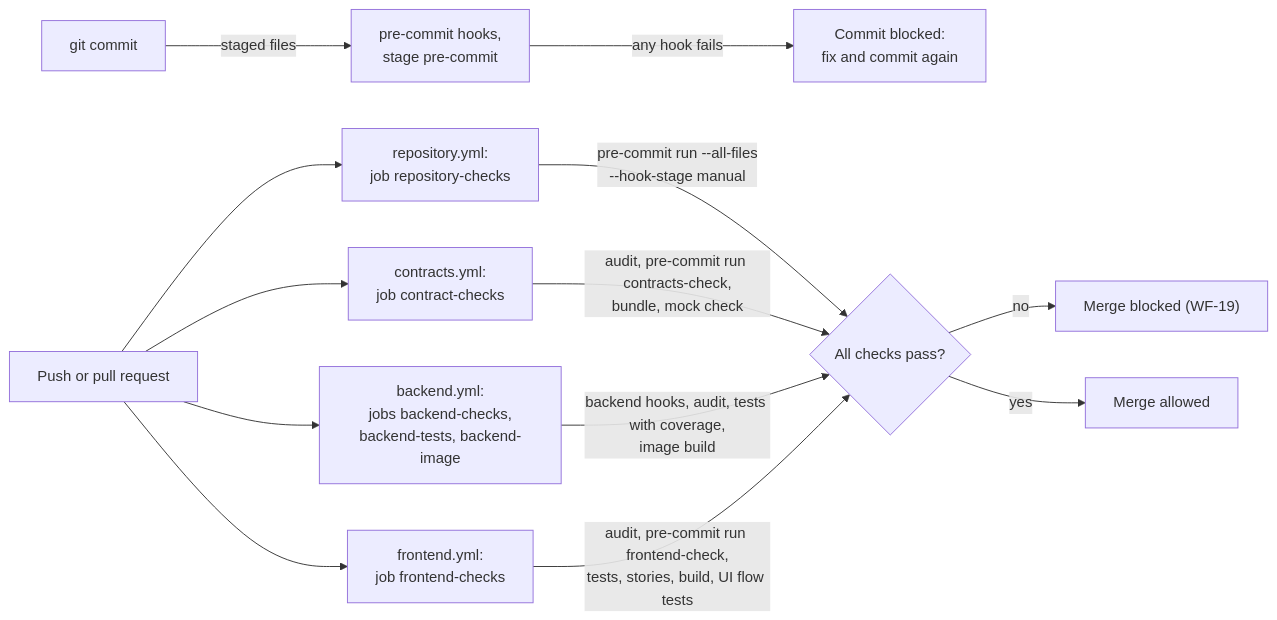
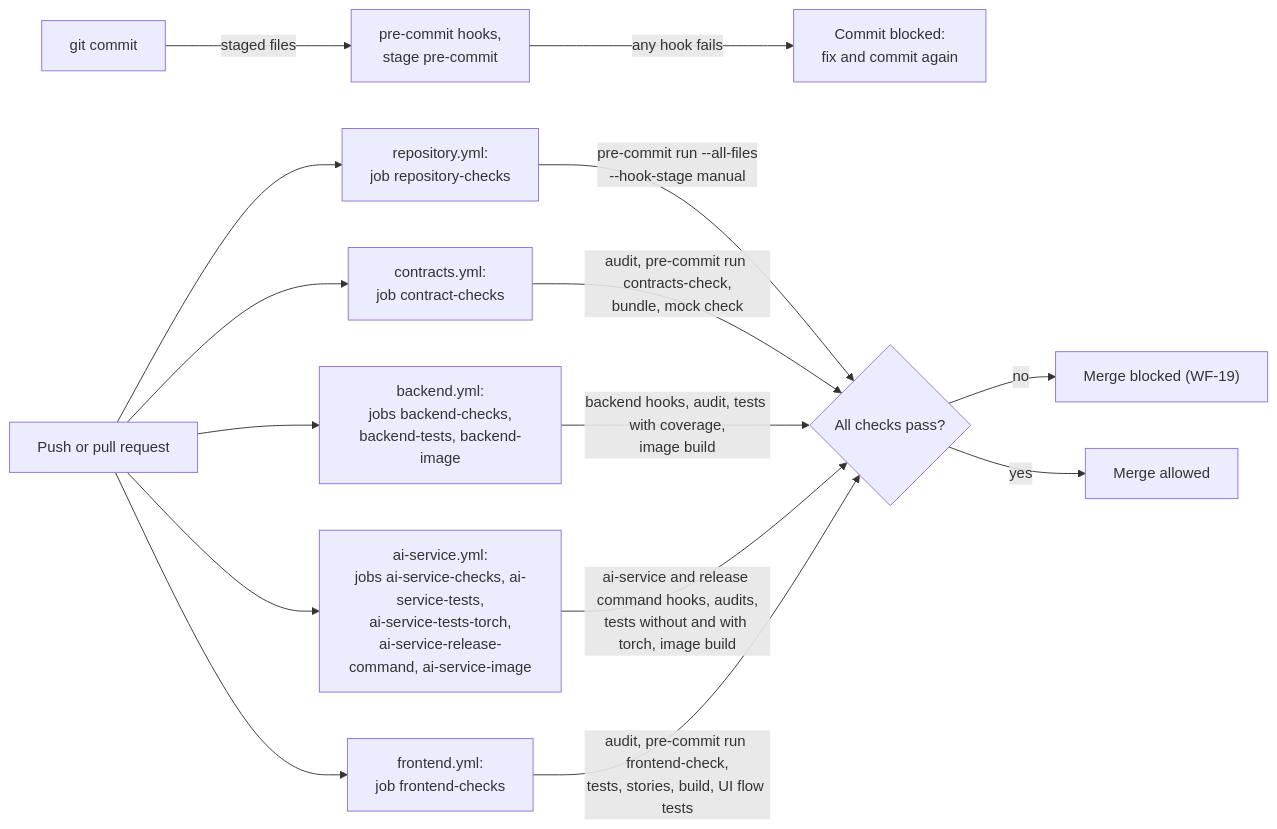
The first of 2 diagrams in docs/guides/repository-checks.md (ml-system-design-nhom-5/SupportIQ), drawn with Mermaid before and after one commit. The commit also changed other lines of this file and 4 other files, not shown here.

````diff
--- a/docs/guides/repository-checks.md
+++ b/docs/guides/repository-checks.md
@@ -11,15 +11,17 @@
 ```mermaid
 flowchart LR
     Commit["git commit"] -->|"staged files"| Hooks["pre-commit hooks,<br/>stage pre-commit"]
     Hooks -->|"any hook fails"| Blocked["Commit blocked:<br/>fix and commit again"]
     Push["Push or pull request"] --> Repo["repository.yml:<br/>job repository-checks"]
     Push --> Con["contracts.yml:<br/>job contract-checks"]
     Push --> Be["backend.yml:<br/>jobs backend-checks,<br/>backend-tests, backend-image"]
+    Push --> Ai["ai-service.yml:<br/>jobs ai-service-checks, ai-service-tests,<br/>ai-service-tests-torch,<br/>ai-service-release-command, ai-service-image"]
     Push --> Fe["frontend.yml:<br/>job frontend-checks"]
     Repo -->|"pre-commit run --all-files<br/>--hook-stage manual"| Result{"All checks pass?"}
     Con -->|"audit, pre-commit run contracts-check,<br/>bundle, mock check"| Result
     Be -->|"backend hooks, audit, tests with coverage,<br/>image build"| Result
+    Ai -->|"ai-service and release command hooks, audits,<br/>tests without and with torch, image build"| Result
     Fe -->|"audit, pre-commit run frontend-check,<br/>tests, stories, build, UI flow tests"| Result
     Result -->|"no"| Red["Merge blocked (WF-19)"]
     Result -->|"yes"| Green["Merge allowed"]
 ```
````
